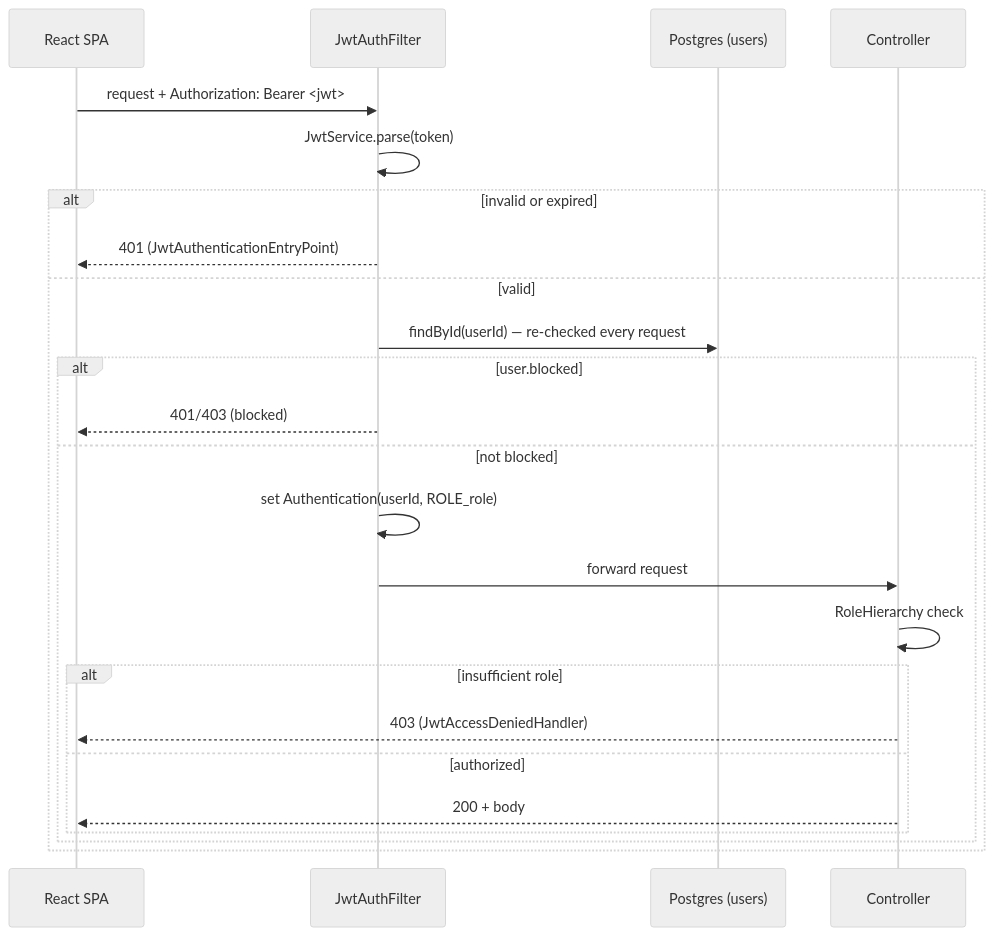
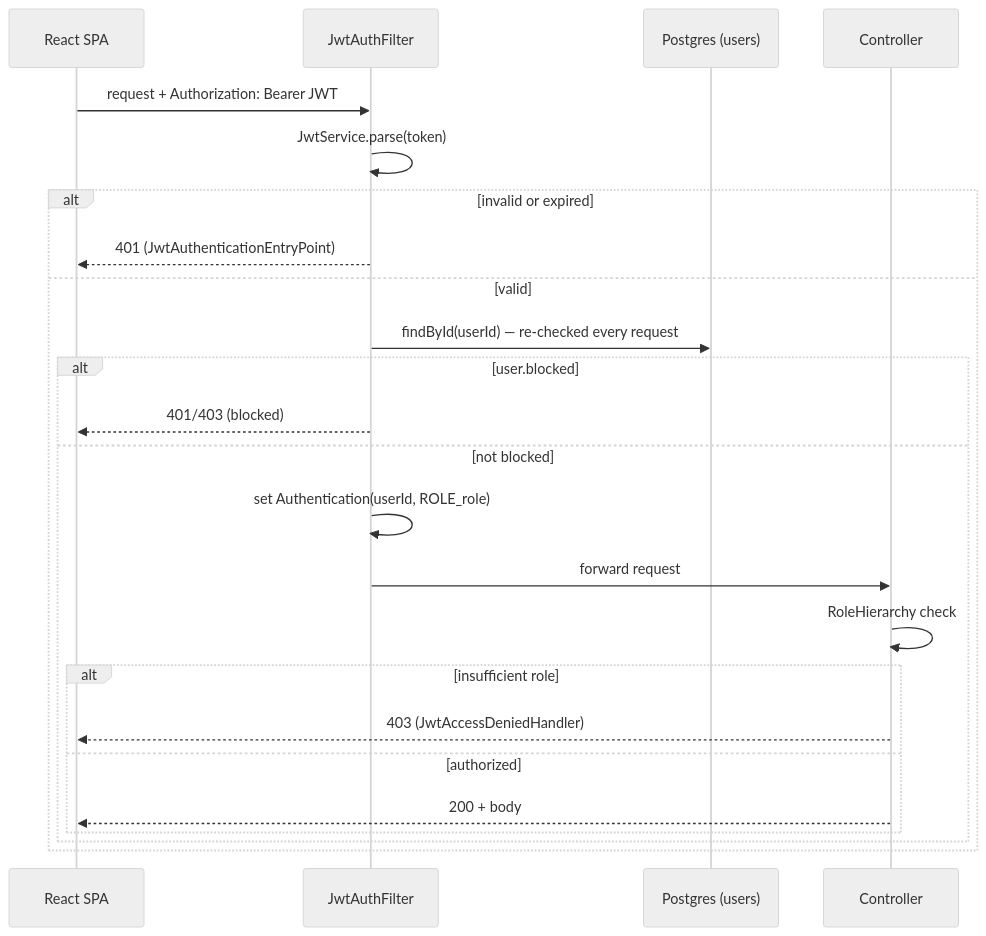
One commit to armydep/market-hub changed the second of 4 diagrams in docs/diagrams/08-sequence-diagrams.md. Above: the diagram before and after it, drawn with Mermaid (neutral theme).

Commit message:
fix: escape angle brackets in JWT sequence diagram (parse error)
Bearer <jwt> in the sequence-diagram message text was interpreted as
an HTML tag by Mermaid's renderer, breaking the diagram. Replaced with
plain "Bearer JWT".

````diff
--- a/docs/diagrams/08-sequence-diagrams.md
+++ b/docs/diagrams/08-sequence-diagrams.md
@@ -33,27 +33,27 @@
 ```mermaid
 sequenceDiagram
   participant SPA as React SPA
   participant Filter as JwtAuthFilter
   participant DB as Postgres (users)
   participant Ctrl as Controller
 
-  SPA->>Filter: request + Authorization: Bearer <jwt>
+  SPA->>Filter: request + Authorization: Bearer JWT
   Filter->>Filter: JwtService.parse(token)
   alt invalid or expired
     Filter-->>SPA: 401 (JwtAuthenticationEntryPoint)
   else valid
     Filter->>DB: findById(userId) — re-checked every request
     alt user.blocked
       Filter-->>SPA: 401/403 (blocked)
     else not blocked
       Filter->>Filter: set Authentication(userId, ROLE_role)
       Filter->>Ctrl: forward request
       Ctrl->>Ctrl: RoleHierarchy check
       alt insufficient role
         Ctrl-->>SPA: 403 (JwtAccessDeniedHandler)
       else authorized
         Ctrl-->>SPA: 200 + body
       end
     end
   end
 ```
````
